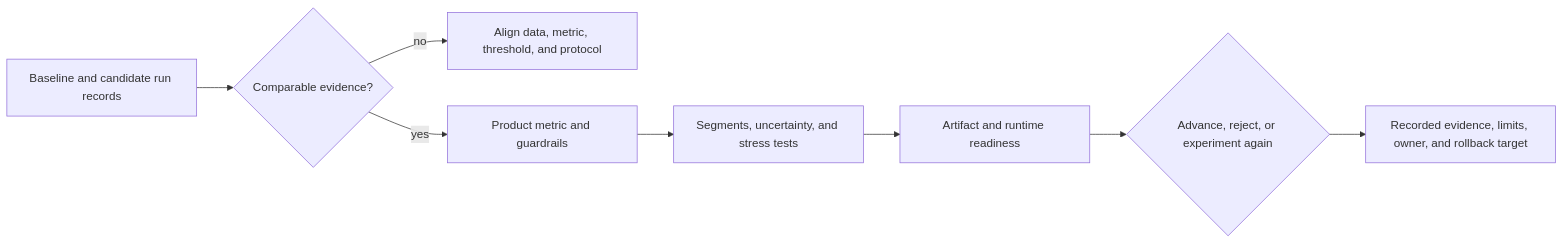
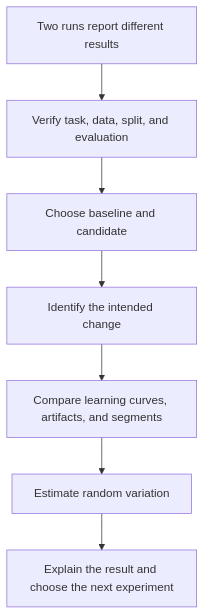
One commit to senlinyy/dev-roadmaps changed the first of 4 diagrams in roadmaps/mlops/modules/experiments-and-reproducibility/experiment-tracking/03-compare-experiment-runs.md. Above: the diagram before and after it, drawn with Mermaid. The commit also changed other lines of this file and 198 other files, not shown here.

````diff
--- a/roadmaps/mlops/modules/experiments-and-reproducibility/experiment-tracking/03-compare-experiment-runs.md
+++ b/roadmaps/mlops/modules/experiments-and-reproducibility/experiment-tracking/03-compare-experiment-runs.md
@@ -34,10 +42,9 @@
 ```mermaid
-flowchart LR
-    Runs["Baseline and candidate run records"] --> Comparable{"Comparable evidence?"}
-    Comparable -->|no| Repair["Align data, metric, threshold, and protocol"]
-    Comparable -->|yes| Value["Product metric and guardrails"]
-    Value --> Robust["Segments, uncertainty, and stress tests"]
-    Robust --> Runtime["Artifact and runtime readiness"]
-    Runtime --> Decision{"Advance, reject, or experiment again"}
-    Decision --> Packet["Recorded evidence, limits, owner, and rollback target"]
+flowchart TD
+    A["Two runs report different results"] --> B["Verify task, data, split, and evaluation"]
+    B --> C["Choose baseline and candidate"]
+    C --> D["Identify the intended change"]
+    D --> E["Compare learning curves, artifacts, and segments"]
+    E --> F["Estimate random variation"]
+    F --> G["Explain the result and choose the next experiment"]
 ```
````
